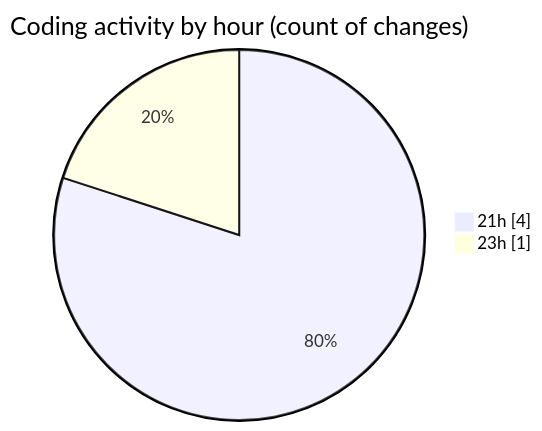
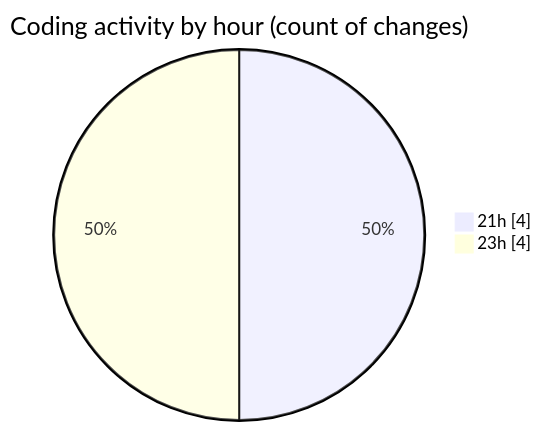
The second of 2 diagrams in 2025-09-04/hiai-phf/README.md (lephambinh05/code-tracking), drawn with Mermaid before and after one commit. The commit also changed other lines of this file and 1 other file, not shown here.

````diff
--- a/2025-09-04/hiai-phf/README.md
+++ b/2025-09-04/hiai-phf/README.md
@@ -34,6 +35,6 @@
 ```mermaid
 pie showData
 title Coding activity by hour (count of changes)
 "21h" : 4
-"23h" : 1
+"23h" : 4
 ```
````
